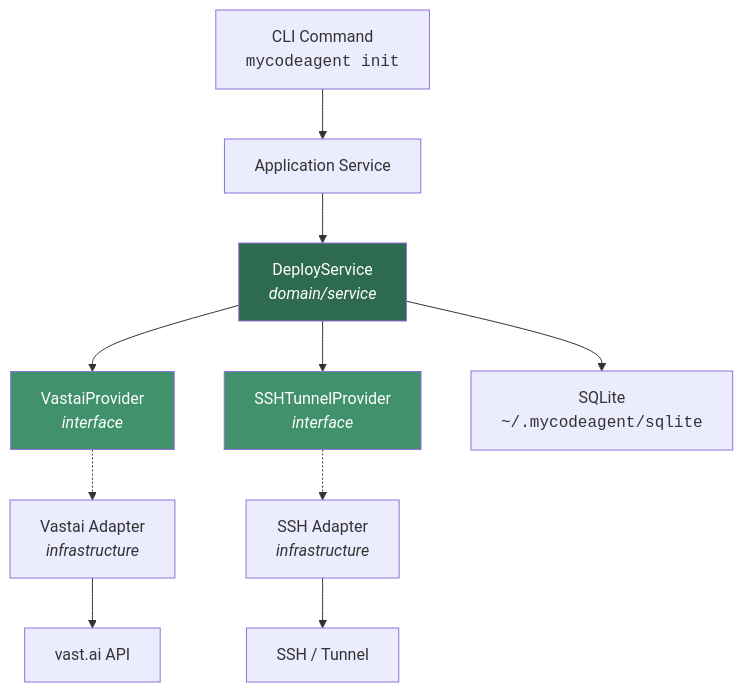
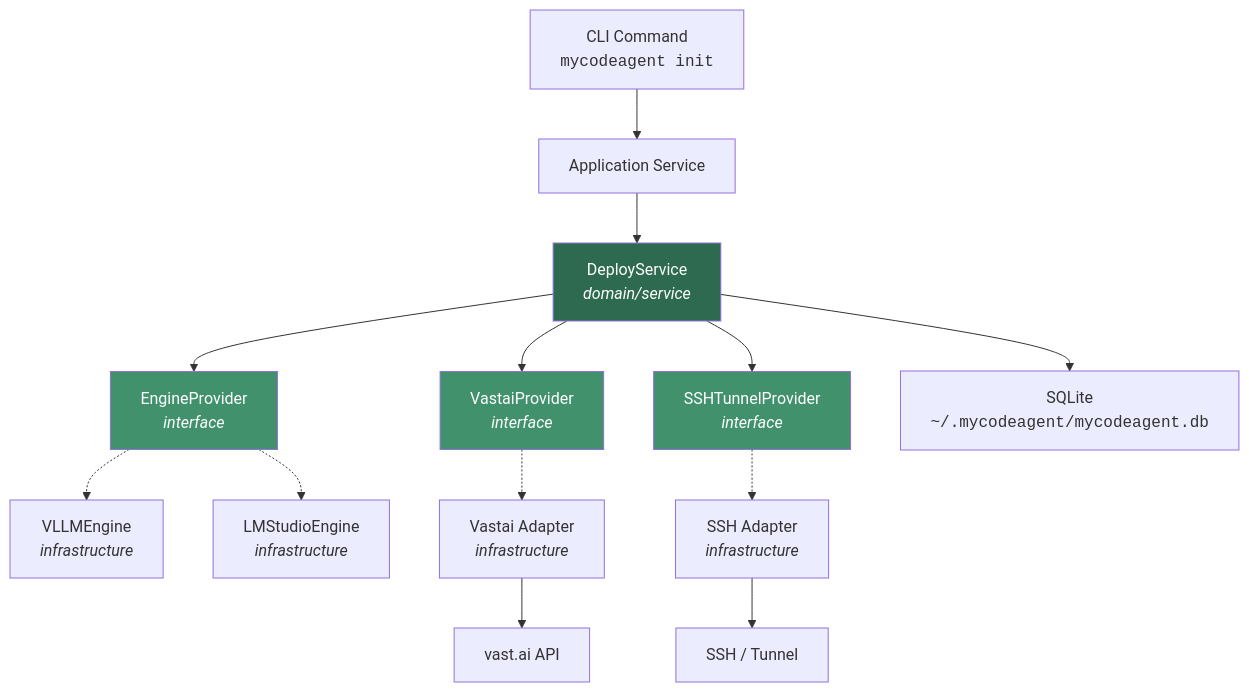
Before and after one commit to WWTLF/mycodeagent: the first of 7 diagrams in docs/Solution.md, drawn with Mermaid. The commit also changed other lines of this file and 6 other files, not shown here.

````diff
--- a/docs/Solution.md
+++ b/docs/Solution.md
@@ -9,24 +9,31 @@
 ```mermaid
 graph TD
     CLI["CLI Command<br/><code>mycodeagent init</code>"]
     APP["Application Service"]
     DS["DeployService<br/><i>domain/service</i>"]
+    EP["EngineProvider<br/><i>interface</i>"]
     VP["VastaiProvider<br/><i>interface</i>"]
     SP["SSHTunnelProvider<br/><i>interface</i>"]
+    VE["VLLMEngine<br/><i>infrastructure</i>"]
+    LE["LMStudioEngine<br/><i>infrastructure</i>"]
     VA["Vastai Adapter<br/><i>infrastructure</i>"]
     SA["SSH Adapter<br/><i>infrastructure</i>"]
     VAST["vast.ai API"]
     SSH["SSH / Tunnel"]
-    DB["SQLite<br/><code>~/.mycodeagent/sqlite</code>"]
+    DB["SQLite<br/><code>~/.mycodeagent/mycodeagent.db</code>"]
 
     CLI --> APP --> DS
+    DS --> EP
     DS --> VP
     DS --> SP
+    EP -.-> VE
+    EP -.-> LE
     VP -.-> VA --> VAST
     SP -.-> SA --> SSH
     DS --> DB
 
     style DS fill:#2d6a4f,color:#fff
+    style EP fill:#40916c,color:#fff
     style VP fill:#40916c,color:#fff
     style SP fill:#40916c,color:#fff
 ```
````
